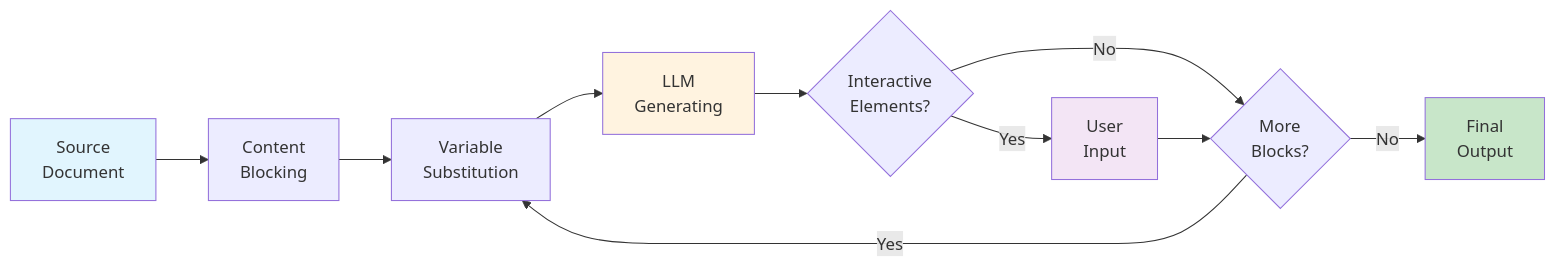
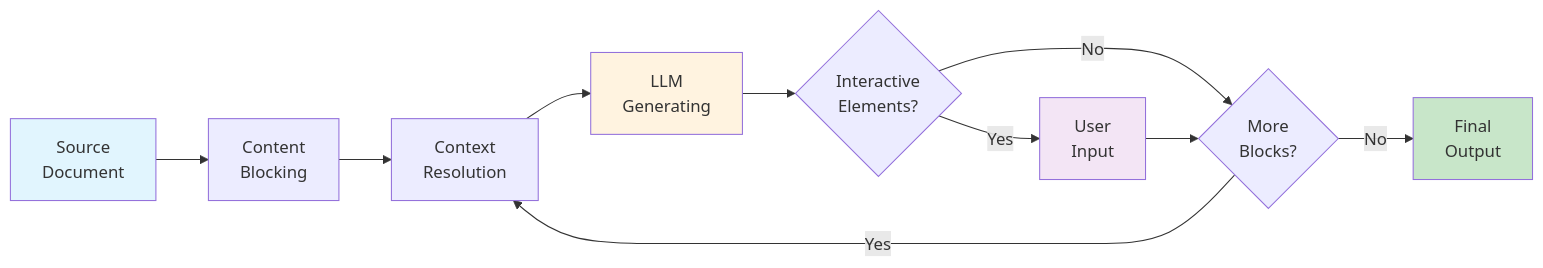
Before and after one commit to ai-shifu/markdown-flow: the diagram in docs/docs/en/specification/how-it-works.md, drawn with Mermaid. The commit also changed other lines of this file and 19 other files, not shown here.

````diff
--- a/docs/docs/en/specification/how-it-works.md
+++ b/docs/docs/en/specification/how-it-works.md
@@ -82,17 +82,17 @@
 ```mermaid
 flowchart LR
     A[Source<br>Document] --> B[Content<br>Blocking]
-    B --> C[Variable<br>Substitution]
+    B --> C[Context<br>Resolution]
     C --> D[LLM<br>Generating]
     D --> E{Interactive<br>Elements?}
     E -->|Yes| F[User<br>Input]
     E -->|No| G{More<br>Blocks?}
     F --> G
     G -->|Yes| C
     G -->|No| H[Final<br>Output]
 
     style A fill:#e1f5fe
     style H fill:#c8e6c9
     style D fill:#fff3e0
     style F fill:#f3e5f5
 ```
````
